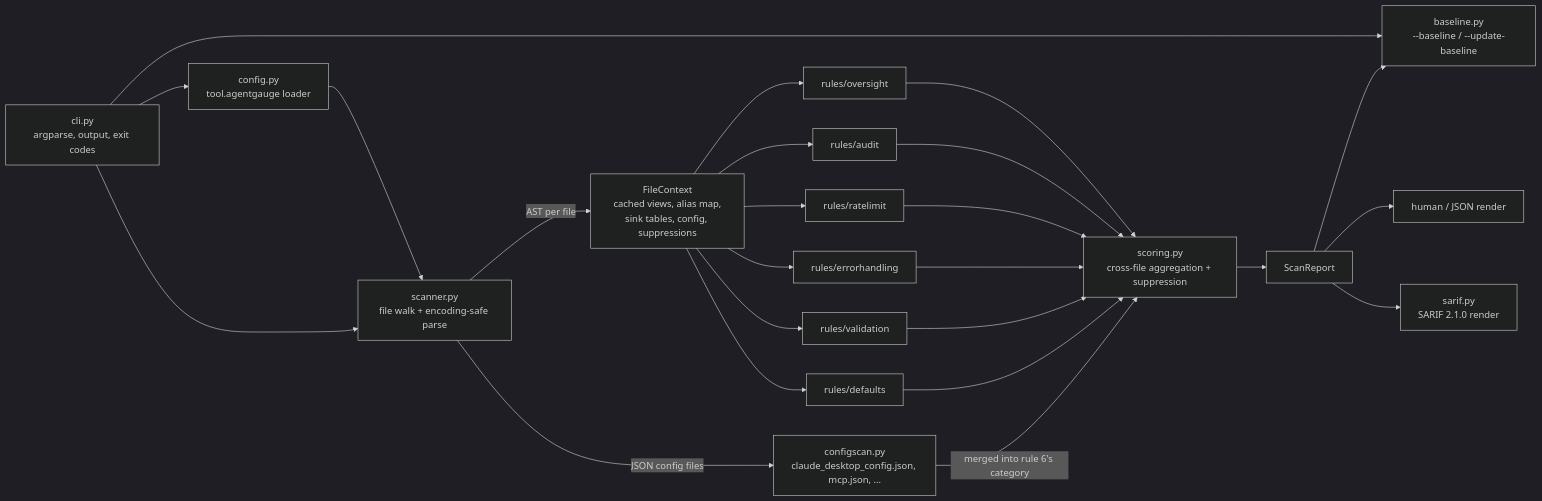
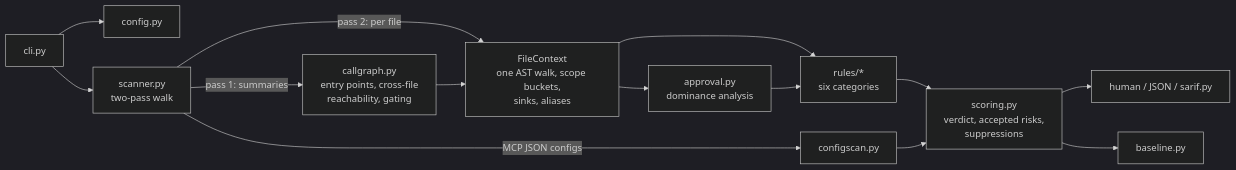
Before and after one commit to PreethamNoelP/agentgauge: the diagram in README.md, drawn with Mermaid (dark theme). The commit also changed other lines of this file and 7 other files, not shown here.

````diff
--- a/README.md
+++ b/README.md
@@ -129,21 +224,16 @@
 ```mermaid
 flowchart LR
-    CFG[config.py<br/>tool.agentgauge loader] --> SC
-    CLI[cli.py<br/>argparse, output, exit codes] --> SC[scanner.py<br/>file walk + encoding-safe parse]
-    CLI --> CFG
-    CLI --> BL[baseline.py<br/>--baseline / --update-baseline]
-    SC -->|AST per file| CTX[FileContext<br/>cached views, alias map,<br/>sink tables, config, suppressions]
-    SC -->|JSON config files| JCS[configscan.py<br/>claude_desktop_config.json, mcp.json, ...]
-    CTX --> R1[rules/oversight]
-    CTX --> R2[rules/audit]
-    CTX --> R3[rules/ratelimit]
-    CTX --> R4[rules/errorhandling]
-    CTX --> R5[rules/validation]
-    CTX --> R6[rules/defaults]
-    R1 & R2 & R3 & R4 & R5 & R6 --> AG[scoring.py<br/>cross-file aggregation + suppression]
-    JCS -->|merged into rule 6's category| AG
-    AG --> REP[ScanReport]
-    REP --> BL
-    REP --> OUT1[human / JSON render]
-    REP --> OUT2[sarif.py<br/>SARIF 2.1.0 render]
+    CLI[cli.py] --> CFG[config.py]
+    CLI --> SC[scanner.py<br/>two-pass walk]
+    SC -->|pass 1: summaries| CG[callgraph.py<br/>entry points, cross-file<br/>reachability, gating]
+    SC -->|pass 2: per file| CTX[FileContext<br/>one AST walk, scope buckets,<br/>sinks, aliases]
+    CG --> CTX
+    CTX --> AP[approval.py<br/>dominance analysis]
+    CTX --> R[rules/*<br/>six categories]
+    AP --> R
+    SC -->|MCP JSON configs| JCS[configscan.py]
+    R --> AG[scoring.py<br/>verdict, accepted risks,<br/>suppressions]
+    JCS --> AG
+    AG --> OUT[human / JSON / sarif.py]
+    AG --> BL[baseline.py]
 ```
````
